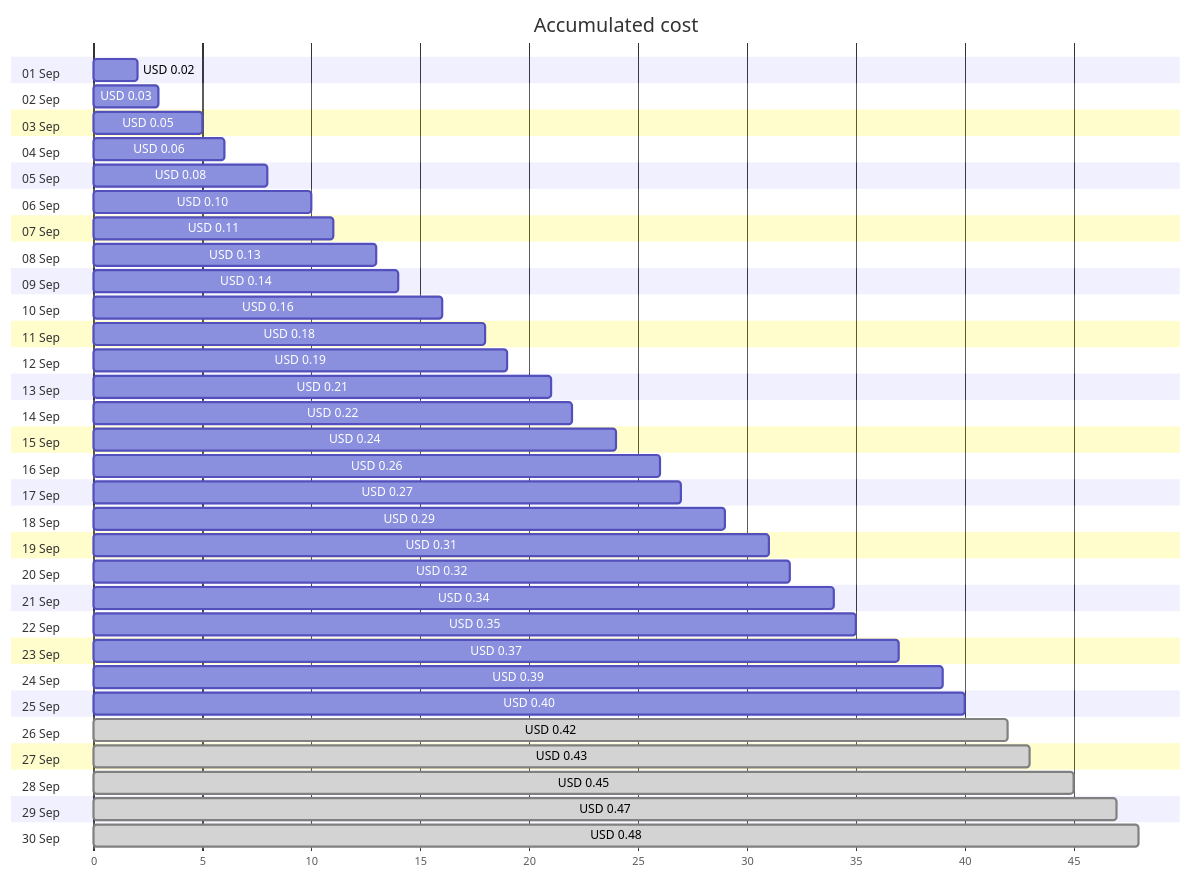
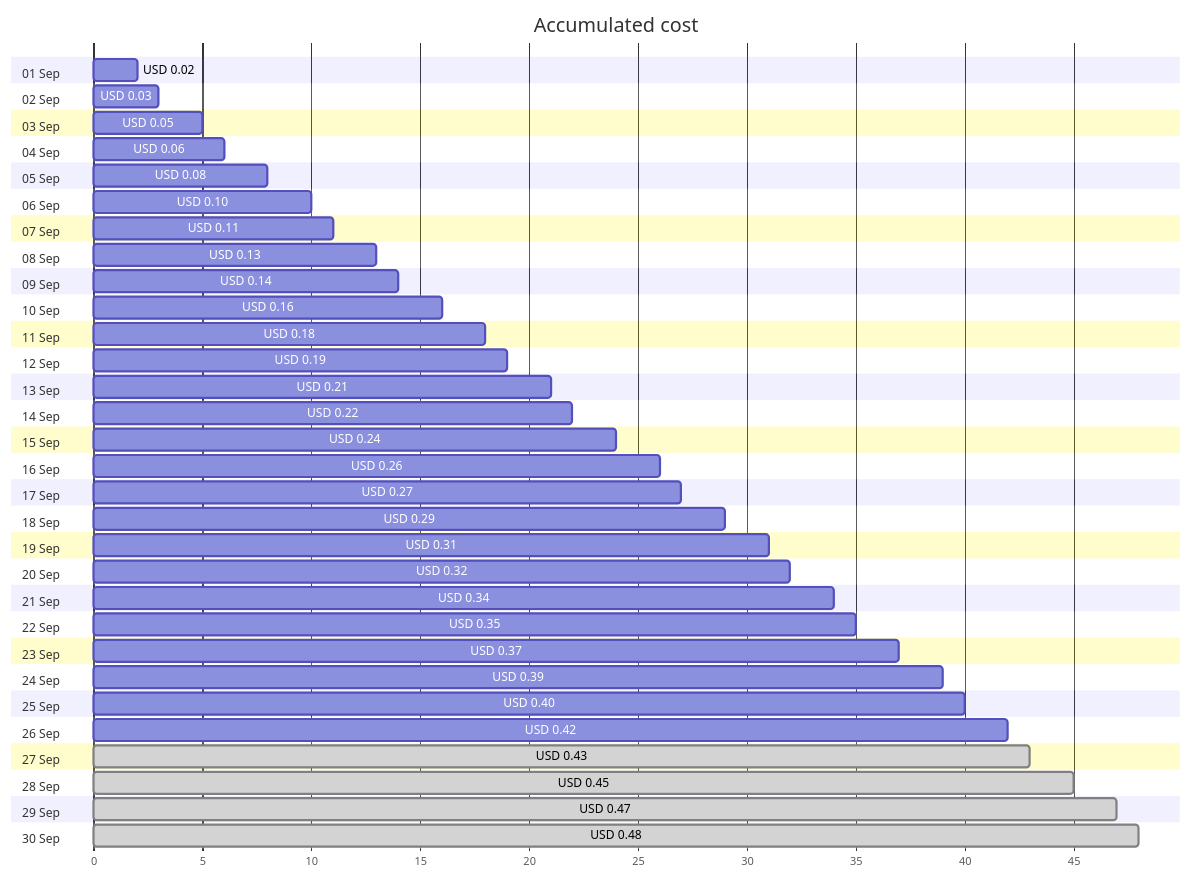
One commit to jpfulton/azure-personal-reports changed the first of 4 diagrams in cost-reports/personal-network/private.jpatrickfulton.com.md. Above: the diagram before and after it, drawn with Mermaid. The commit also changed other lines of this file and 9 other files, not shown here.

````diff
--- a/cost-reports/personal-network/private.jpatrickfulton.com.md
+++ b/cost-reports/personal-network/private.jpatrickfulton.com.md
@@ -20,66 +20,66 @@
 ```mermaid
 gantt
    title Accumulated cost
    dateFormat  X
    axisFormat %s
    section 01 Sep
    USD 0.02 :0, 2
    section 02 Sep
    USD 0.03 :0, 3
    section 03 Sep
    USD 0.05 :0, 5
    section 04 Sep
    USD 0.06 :0, 6
    section 05 Sep
    USD 0.08 :0, 8
    section 06 Sep
    USD 0.10 :0, 10
    section 07 Sep
    USD 0.11 :0, 11
    section 08 Sep
    USD 0.13 :0, 13
    section 09 Sep
    USD 0.14 :0, 14
    section 10 Sep
    USD 0.16 :0, 16
    section 11 Sep
    USD 0.18 :0, 18
    section 12 Sep
    USD 0.19 :0, 19
    section 13 Sep
    USD 0.21 :0, 21
    section 14 Sep
    USD 0.22 :0, 22
    section 15 Sep
    USD 0.24 :0, 24
    section 16 Sep
    USD 0.26 :0, 26
    section 17 Sep
    USD 0.27 :0, 27
    section 18 Sep
    USD 0.29 :0, 29
    section 19 Sep
    USD 0.31 :0, 31
    section 20 Sep
    USD 0.32 :0, 32
    section 21 Sep
    USD 0.34 :0, 34
    section 22 Sep
    USD 0.35 :0, 35
    section 23 Sep
    USD 0.37 :0, 37
    section 24 Sep
    USD 0.39 :0, 39
    section 25 Sep
    USD 0.40 :0, 40
    section 26 Sep
-   USD 0.42 : done, 0, 42
+   USD 0.42 :0, 42
    section 27 Sep
    USD 0.43 : done, 0, 43
    section 28 Sep
    USD 0.45 : done, 0, 45
    section 29 Sep
    USD 0.47 : done, 0, 47
    section 30 Sep
    USD 0.48 : done, 0, 48
 ```
````
